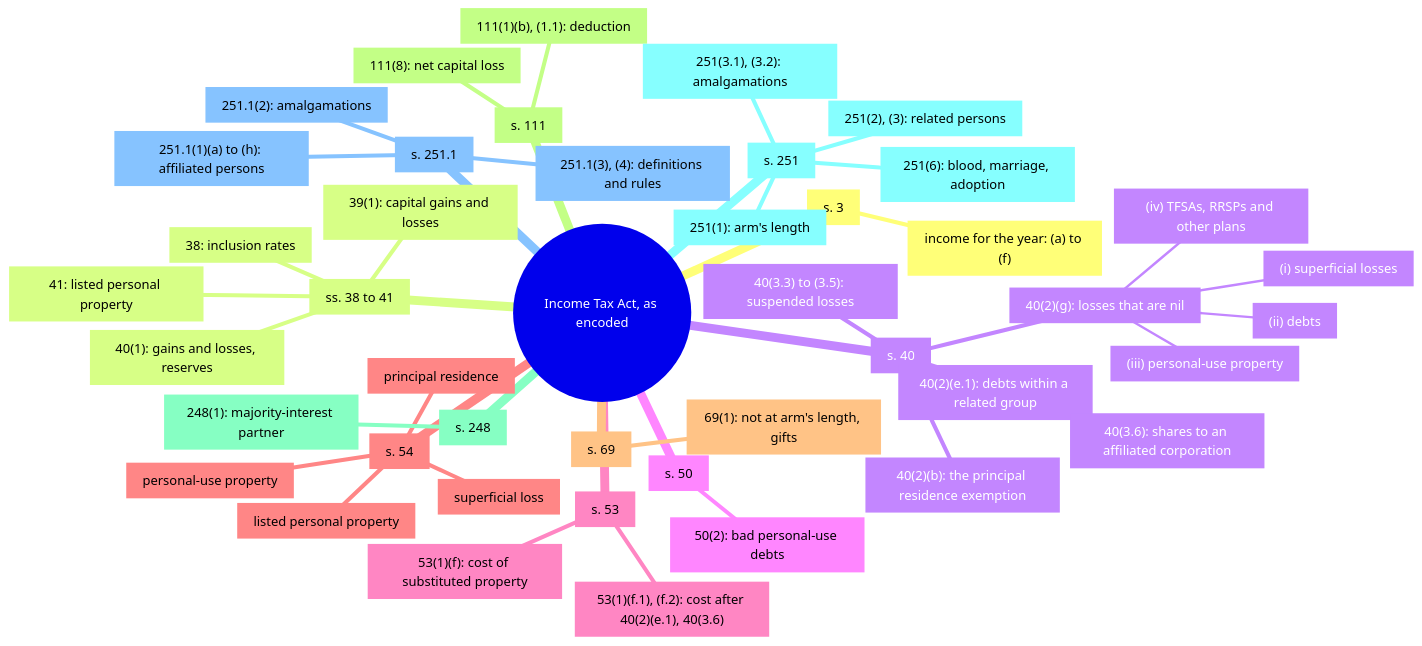
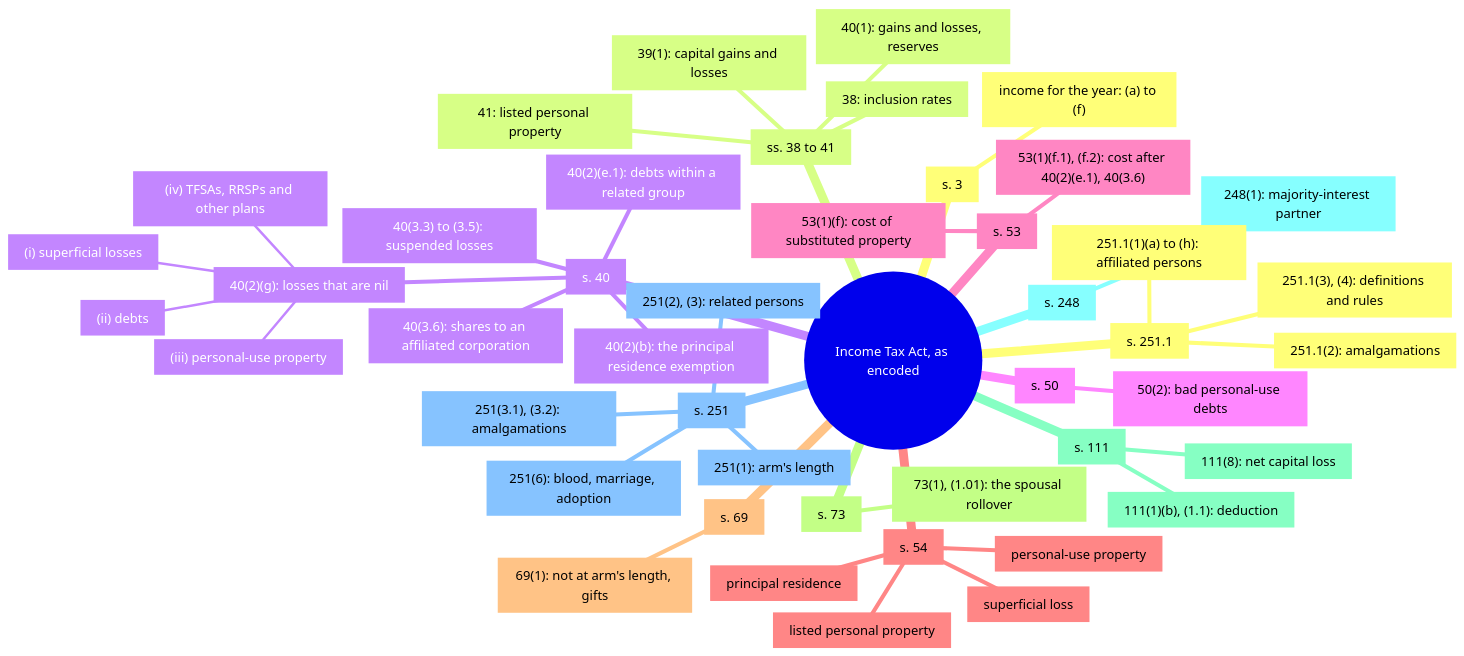
The fourth of 4 diagrams in docs/graphs/dashboard.md (SeanWMurray/Canteen), drawn with Mermaid before and after one commit. The commit also changed other lines of this file and 16 other files, not shown here.

First line of the commit message:
Encode the spousal rollover: 73(1) and (1.01)

````diff
--- a/docs/graphs/dashboard.md
+++ b/docs/graphs/dashboard.md
@@ -66,47 +66,49 @@
 ```mermaid
 mindmap
   root((Income Tax Act, as encoded))
     n0["`s. 3`"]
       n1["`income for the year: (a) to (f)`"]
     n2["`ss. 38 to 41`"]
       n3["`38: inclusion rates`"]
       n4["`39(1): capital gains and losses`"]
       n5["`40(1): gains and losses, reserves`"]
       n6["`41: listed personal property`"]
     n7["`s. 40`"]
       n8["`40(2)(b): the principal residence exemption`"]
       n9["`40(2)(g): losses that are nil`"]
         n10["`(i) superficial losses`"]
         n11["`(ii) debts`"]
         n12["`(iii) personal-use property`"]
         n13["`(iv) TFSAs, RRSPs and other plans`"]
       n14["`40(2)(e.1): debts within a related group`"]
       n15["`40(3.3) to (3.5): suspended losses`"]
       n16["`40(3.6): shares to an affiliated corporation`"]
     n17["`s. 50`"]
       n18["`50(2): bad personal-use debts`"]
     n19["`s. 53`"]
       n20["`53(1)(f): cost of substituted property`"]
       n21["`53(1)(f.1), (f.2): cost after 40(2)(e.1), 40(3.6)`"]
     n22["`s. 54`"]
       n23["`superficial loss`"]
       n24["`principal residence`"]
       n25["`personal-use property`"]
       n26["`listed personal property`"]
     n27["`s. 69`"]
       n28["`69(1): not at arm's length, gifts`"]
-    n29["`s. 111`"]
-      n30["`111(8): net capital loss`"]
-      n31["`111(1)(b), (1.1): deduction`"]
-    n32["`s. 248`"]
-      n33["`248(1): majority-interest partner`"]
-    n34["`s. 251`"]
-      n35["`251(1): arm's length`"]
-      n36["`251(2), (3): related persons`"]
-      n37["`251(3.1), (3.2): amalgamations`"]
-      n38["`251(6): blood, marriage, adoption`"]
-    n39["`s. 251.1`"]
-      n40["`251.1(1)(a) to (h): affiliated persons`"]
-      n41["`251.1(2): amalgamations`"]
-      n42["`251.1(3), (4): definitions and rules`"]
+    n29["`s. 73`"]
+      n30["`73(1), (1.01): the spousal rollover`"]
+    n31["`s. 111`"]
+      n32["`111(8): net capital loss`"]
+      n33["`111(1)(b), (1.1): deduction`"]
+    n34["`s. 248`"]
+      n35["`248(1): majority-interest partner`"]
+    n36["`s. 251`"]
+      n37["`251(1): arm's length`"]
+      n38["`251(2), (3): related persons`"]
+      n39["`251(3.1), (3.2): amalgamations`"]
+      n40["`251(6): blood, marriage, adoption`"]
+    n41["`s. 251.1`"]
+      n42["`251.1(1)(a) to (h): affiliated persons`"]
+      n43["`251.1(2): amalgamations`"]
+      n44["`251.1(3), (4): definitions and rules`"]
 ```
````
